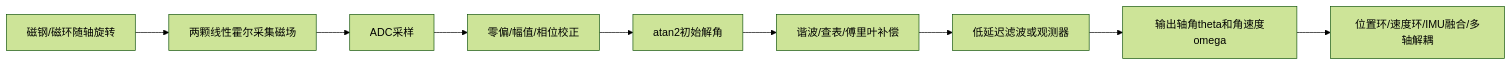
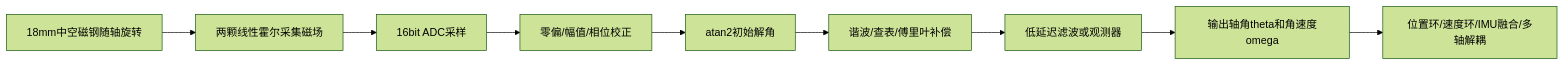
One commit to Ciri-07/Project-of-a-multi-axis-handheld-gimbal-based-on-BLDC-and-piezoelectric-motors changed the first of 3 diagrams in docs/双线性霍尔位置检测方案规划与学习路线.md. Above: the diagram before and after it, drawn with Mermaid (forest theme). The commit also changed other lines of this file, not shown here.

````diff
--- a/docs/双线性霍尔位置检测方案规划与学习路线.md
+++ b/docs/双线性霍尔位置检测方案规划与学习路线.md
@@ -30,11 +57,11 @@
 ```mermaid
 flowchart LR
-    A[磁钢/磁环随轴旋转] --> B[两颗线性霍尔采集磁场]
-    B --> C[ADC采样]
+    A[18mm中空磁钢随轴旋转] --> B[两颗线性霍尔采集磁场]
+    B --> C[16bit ADC采样]
     C --> D[零偏/幅值/相位校正]
     D --> E[atan2初始解角]
     E --> F[谐波/查表/傅里叶补偿]
     F --> G[低延迟滤波或观测器]
     G --> H[输出轴角theta和角速度omega]
     H --> I[位置环/速度环/IMU融合/多轴解耦]
 ```
````
